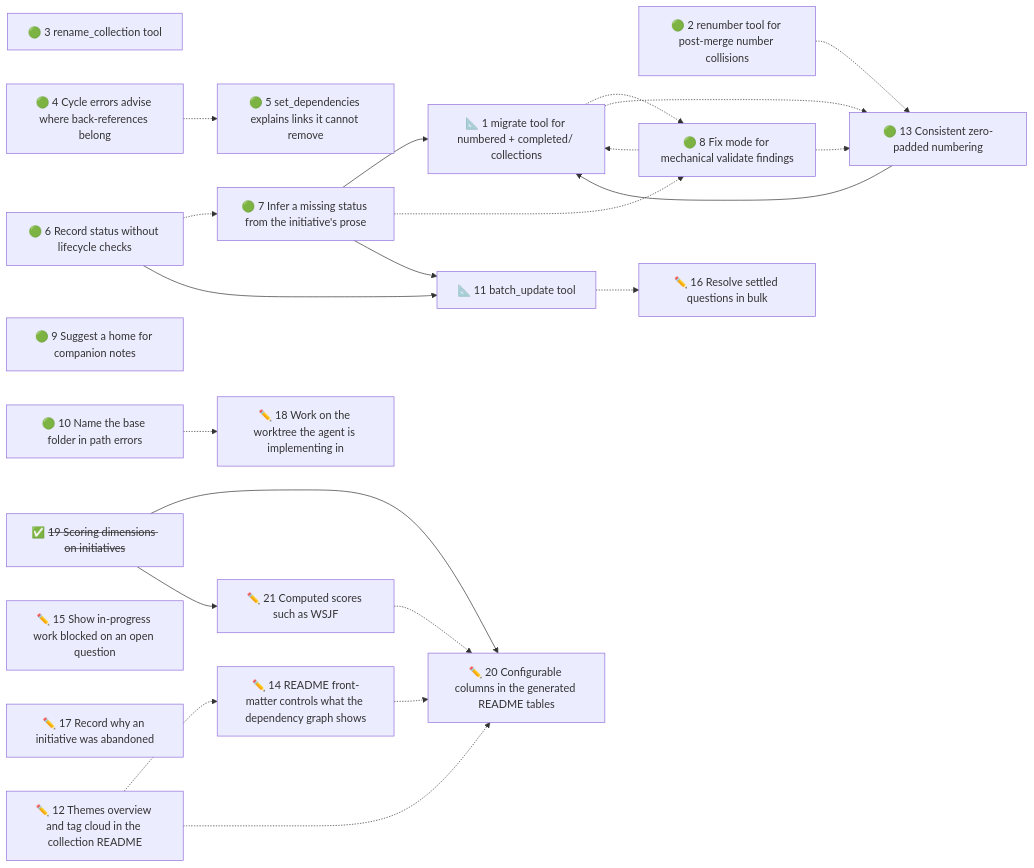
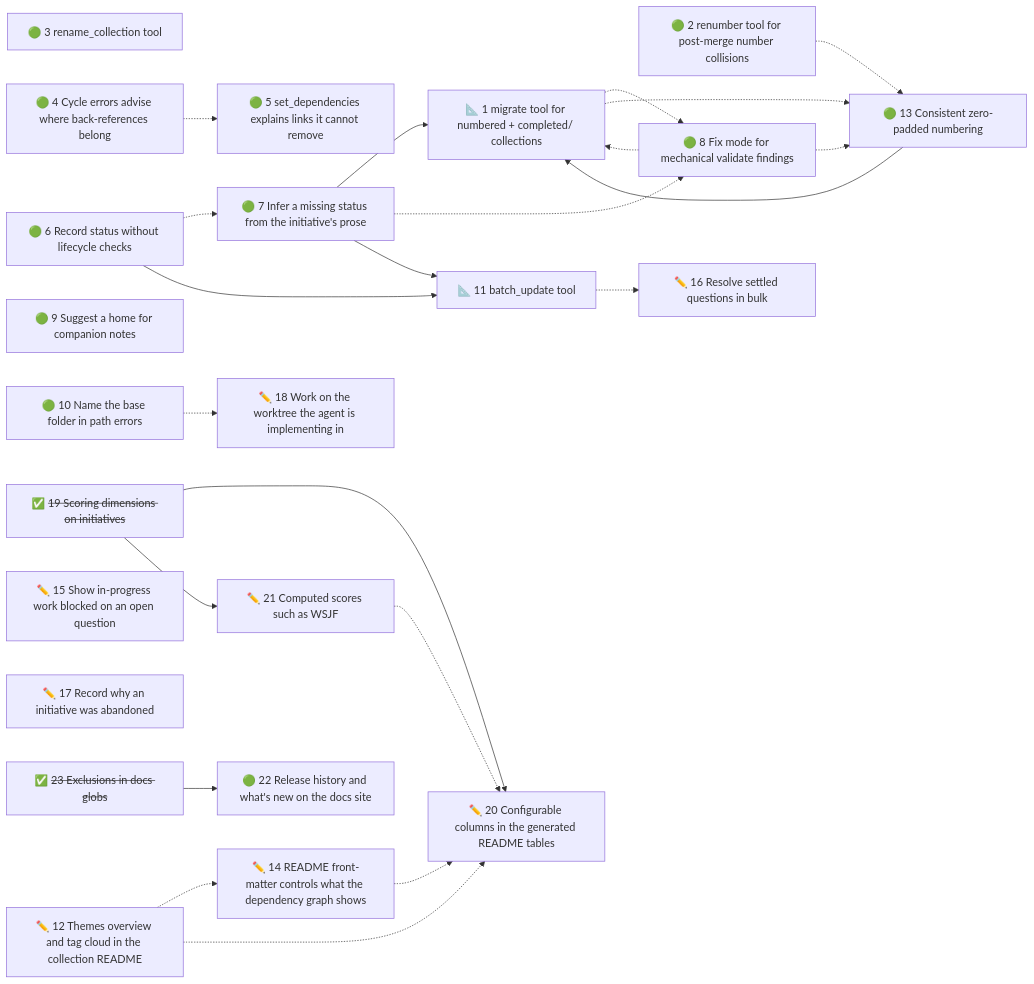
The diagram in initiatives/README.md (duckAsteroid/brindley), drawn with Mermaid before and after one commit. The commit also changed other lines of this file and 6 other files, not shown here.

First line of the commit message:
feat: ! exclusions in docs globs

````diff
--- a/initiatives/README.md
+++ b/initiatives/README.md
@@ -46,44 +47,47 @@
 ```mermaid
 flowchart LR
   n1["📐 1 migrate tool for numbered + completed/ collections"]
   n2["🟢 2 renumber tool for post-merge number collisions"]
   n3["🟢 3 rename_collection tool"]
   n4["🟢 4 Cycle errors advise where back-references belong"]
   n5["🟢 5 set_dependencies explains links it cannot remove"]
   n6["🟢 6 Record status without lifecycle checks"]
   n7["🟢 7 Infer a missing status from the initiative's prose"]
   n8["🟢 8 Fix mode for mechanical validate findings"]
   n9["🟢 9 Suggest a home for companion notes"]
   n10["🟢 10 Name the base folder in path errors"]
   n11["📐 11 batch_update tool"]
   n12["✏️ 12 Themes overview and tag cloud in the collection README"]
   n13["🟢 13 Consistent zero-padded numbering"]
   n14["✏️ 14 README front-matter controls what the dependency graph shows"]
   n15["✏️ 15 Show in-progress work blocked on an open question"]
   n16["✏️ 16 Resolve settled questions in bulk"]
   n17["✏️ 17 Record why an initiative was abandoned"]
   n18["✏️ 18 Work on the worktree the agent is implementing in"]
   n20["✏️ 20 Configurable columns in the generated README tables"]
   n21["✏️ 21 Computed scores such as WSJF"]
+  n22["🟢 22 Release history and what's new on the docs site"]
   n19["✅ <s>19 Scoring dimensions on initiatives</s>"]
+  n23["✅ <s>23 Exclusions in docs globs</s>"]
   n7 --> n1
   n13 --> n1
   n8 -.-> n1
   n4 -.-> n5
   n6 -.-> n7
   n7 -.-> n8
   n1 -.-> n8
   n6 --> n11
   n7 --> n11
   n1 -.-> n13
   n2 -.-> n13
   n8 -.-> n13
   n12 -.-> n14
   n11 -.-> n16
   n10 -.-> n18
   n19 --> n20
   n12 -.-> n20
   n14 -.-> n20
   n21 -.-> n20
   n19 --> n21
+  n23 --> n22
 ```
````
